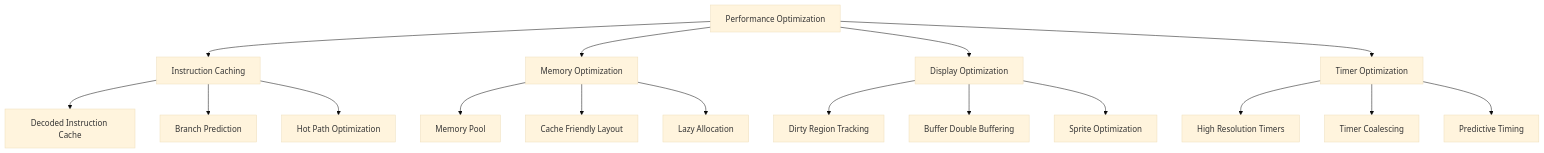
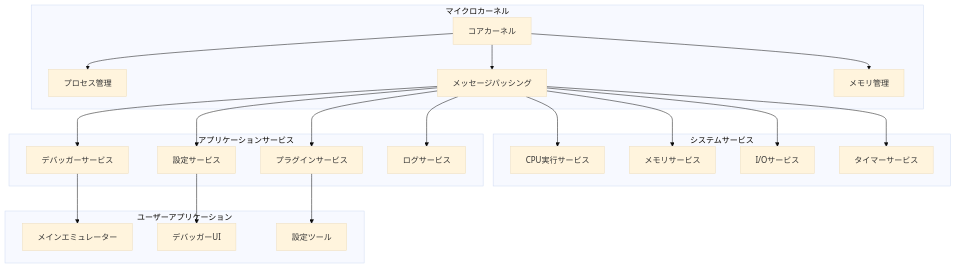
Before and after one commit to takeokunn/cl-chip8: the ninth of 14 diagrams in docs/explanation/02-architecture-design.md, drawn with Mermaid (base theme). The commit also changed other lines of this file and 27 other files, not shown here.

````diff
--- a/docs/explanation/02-architecture-design.md
+++ b/docs/explanation/02-architecture-design.md
@@ -254,23 +691,47 @@
 ```mermaid
-graph TD
-    A[Performance Optimization] --> B[Instruction Caching]
-    A --> C[Memory Optimization]
-    A --> D[Display Optimization]
-    A --> E[Timer Optimization]
+graph TB
+    subgraph "マイクロカーネル"
+        A[コアカーネル]
+        B[プロセス管理]
+        C[メッセージパッシング]
+        D[メモリ管理]
+    end
 
-    B --> B1[Decoded Instruction Cache]
-    B --> B2[Branch Prediction]
-    B --> B3[Hot Path Optimization]
+    subgraph "システムサービス"
+        E[CPU実行サービス]
+        F[メモリサービス]
+        G[I/Oサービス]
+        H[タイマーサービス]
+    end
 
-    C --> C1[Memory Pool]
-    C --> C2[Cache Friendly Layout]
-    C --> C3[Lazy Allocation]
+    subgraph "アプリケーションサービス"
+        I[デバッガーサービス]
+        J[設定サービス]
+        K[プラグインサービス]
+        L[ログサービス]
+    end
 
-    D --> D1[Dirty Region Tracking]
-    D --> D2[Buffer Double Buffering]
-    D --> D3[Sprite Optimization]
+    subgraph "ユーザーアプリケーション"
+        M[メインエミュレーター]
+        N[デバッガーUI]
+        O[設定ツール]
+    end
 
-    E --> E1[High Resolution Timers]
-    E --> E2[Timer Coalescing]
-    E --> E3[Predictive Timing]
+    A --> B
+    A --> C
+    A --> D
+
+    C --> E
+    C --> F
+    C --> G
+    C --> H
+
+    C --> I
+    C --> J
+    C --> K
+    C --> L
+
+    I --> M
+    J --> N
+    K --> O
 ```
````
